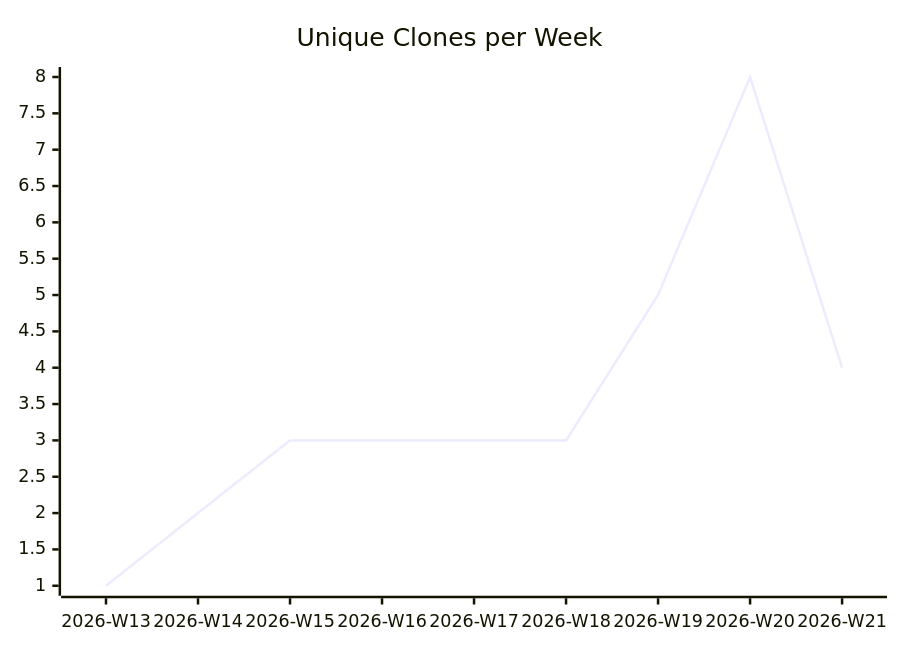
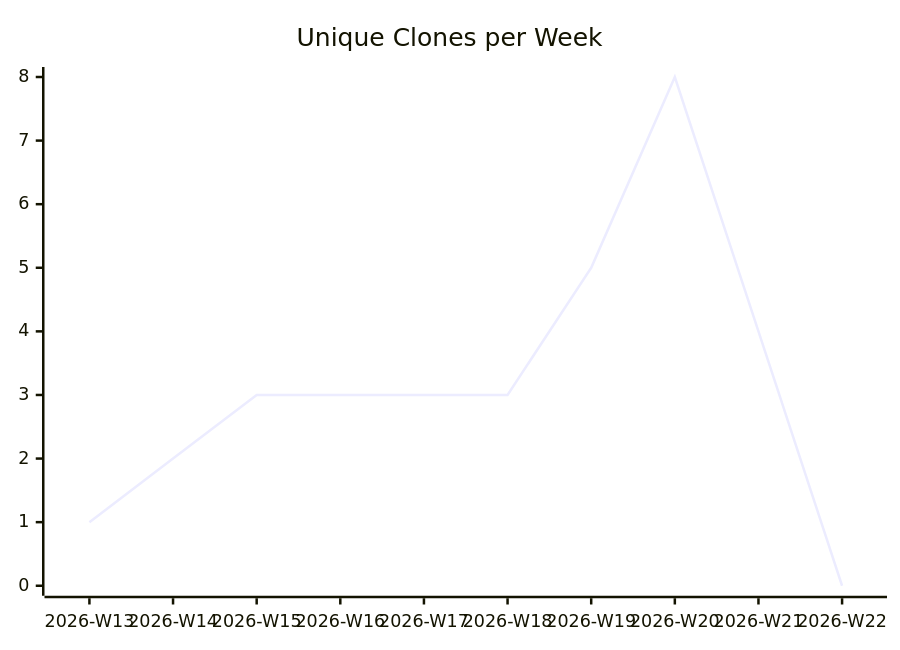
Before and after one commit to justdavis-family/github-analytics-data: the third of 3 diagrams in karlmdavis/xmlpull/README.md, drawn with Mermaid. The commit also changed other lines of this file and 190 other files, not shown here.

````diff
--- a/karlmdavis/xmlpull/README.md
+++ b/karlmdavis/xmlpull/README.md
@@ -19,6 +19,6 @@
 ```mermaid
 xychart-beta
   title "Unique Clones per Week"
-  x-axis ["2026-W13", "2026-W14", "2026-W15", "2026-W16", "2026-W17", "2026-W18", "2026-W19", "2026-W20", "2026-W21"]
-  line [1, 2, 3, 3, 3, 3, 5, 8, 4]
+  x-axis ["2026-W13", "2026-W14", "2026-W15", "2026-W16", "2026-W17", "2026-W18", "2026-W19", "2026-W20", "2026-W21", "2026-W22"]
+  line [1, 2, 3, 3, 3, 3, 5, 8, 4, 0]
 ```
````
